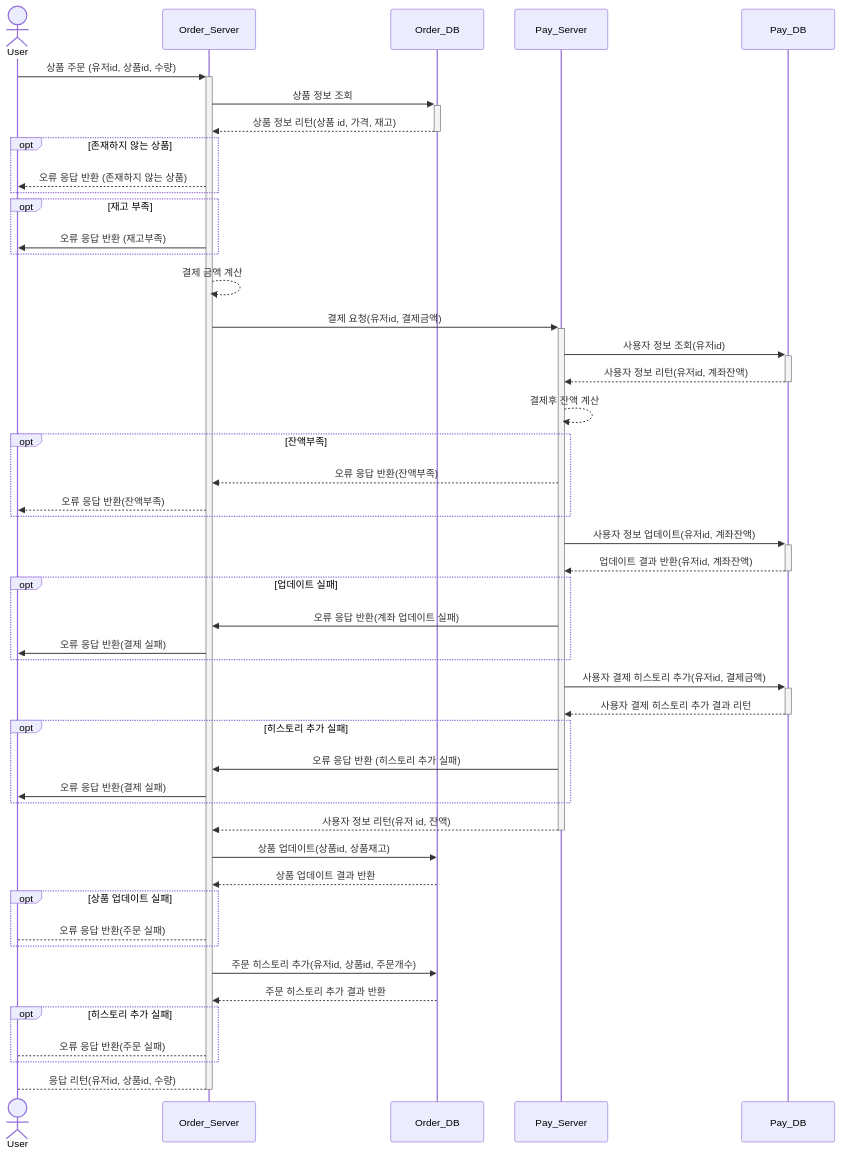
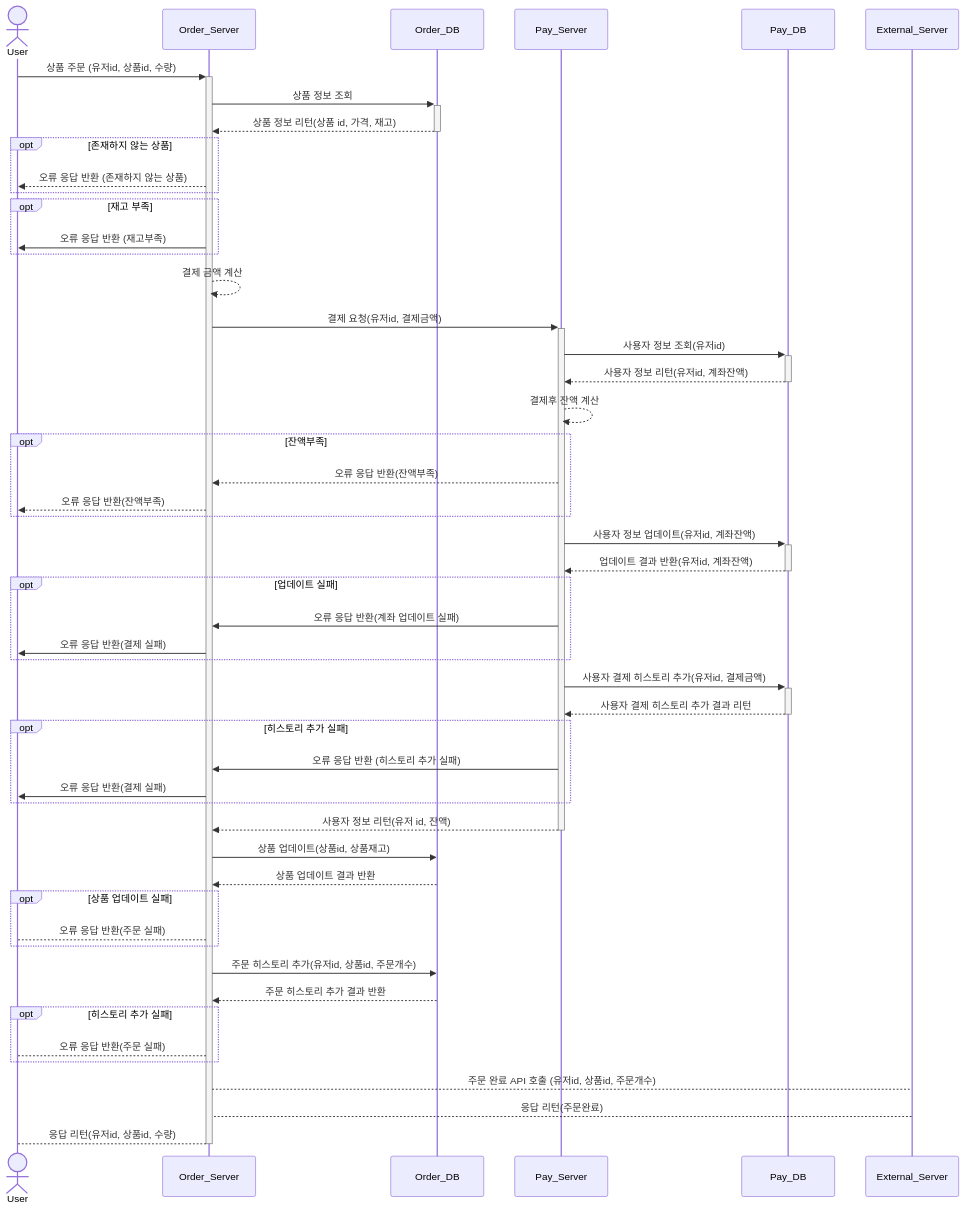
One commit to Sunmon/hh-plus-3-commerce changed the diagram in README.md. Above: the diagram before and after it, drawn with Mermaid.

Commit message:
docs: 시퀀스 다이어그램 수정
- 외부 api 호출 추가

````diff
--- a/README.md
+++ b/README.md
@@ -68,50 +68,53 @@
 ```mermaid
 sequenceDiagram
     actor User
     participant Order_Server
     participant Order_DB
     participant Pay_Server
     participant Pay_DB
+    participant External_Server
     User->>+Order_Server: 상품 주문 (유저id, 상품id, 수량)
     Order_Server->>+Order_DB: 상품 정보 조회
     Order_DB-->>-Order_Server: 상품 정보 리턴(상품 id, 가격, 재고)
     opt 존재하지 않는 상품
     Order_Server-->>User: 오류 응답 반환 (존재하지 않는 상품)
     end
     opt 재고 부족
     Order_Server->>User: 오류 응답 반환 (재고부족)
     end
     Order_Server-->> Order_Server: 결제 금액 계산
     Order_Server->>+Pay_Server: 결제 요청(유저id, 결제금액)
     Pay_Server->>+Pay_DB: 사용자 정보 조회(유저id)
     Pay_DB-->>-Pay_Server: 사용자 정보 리턴(유저id, 계좌잔액)
     Pay_Server-->>Pay_Server: 결제후 잔액 계산
     opt 잔액부족
     Pay_Server-->>Order_Server: 오류 응답 반환(잔액부족)
     Order_Server-->>User: 오류 응답 반환(잔액부족)
     end
     Pay_Server->>+Pay_DB: 사용자 정보 업데이트(유저id, 계좌잔액)
     Pay_DB-->>-Pay_Server: 업데이트 결과 반환(유저id, 계좌잔액)
     opt  업데이트 실패
     Pay_Server->>Order_Server: 오류 응답 반환(계좌 업데이트 실패)
     Order_Server->>User: 오류 응답 반환(결제 실패)
     end
     Pay_Server->>+Pay_DB: 사용자 결제 히스토리 추가(유저id, 결제금액)
     Pay_DB-->>-Pay_Server: 사용자 결제 히스토리 추가 결과 리턴
     opt 히스토리 추가 실패
     Pay_Server->>Order_Server: 오류 응답 반환 (히스토리 추가 실패)
     Order_Server->>User: 오류 응답 반환(결제 실패)
     end
     Pay_Server-->>-Order_Server: 사용자 정보 리턴(유저 id, 잔액)
     Order_Server->>Order_DB: 상품 업데이트(상품id, 상품재고)
     Order_DB-->>Order_Server: 상품 업데이트 결과 반환
     opt 상품 업데이트 실패
     Order_Server-->User: 오류 응답 반환(주문 실패)
     end
     Order_Server->>Order_DB: 주문 히스토리 추가(유저id, 상품id, 주문개수)
     Order_DB-->>Order_Server: 주문 히스토리 추가 결과 반환
     opt 히스토리 추가 실패
     Order_Server-->User: 오류 응답 반환(주문 실패)
     end
+    Order_Server-->External_Server: 주문 완료 API 호출 (유저id, 상품id, 주문개수)
+    External_Server-->Order_Server: 응답 리턴(주문완료)
     Order_Server-->-User: 응답 리턴(유저id, 상품id, 수량)
 ```
````
